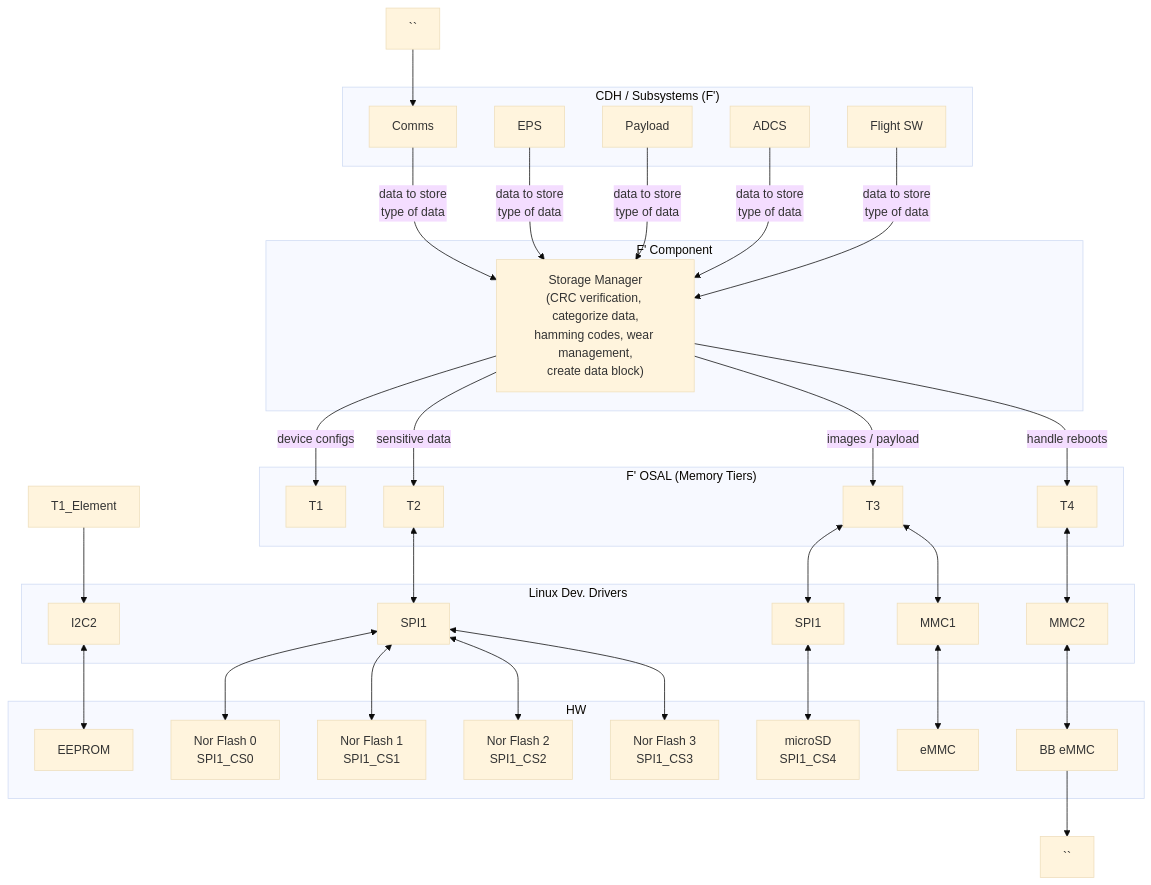
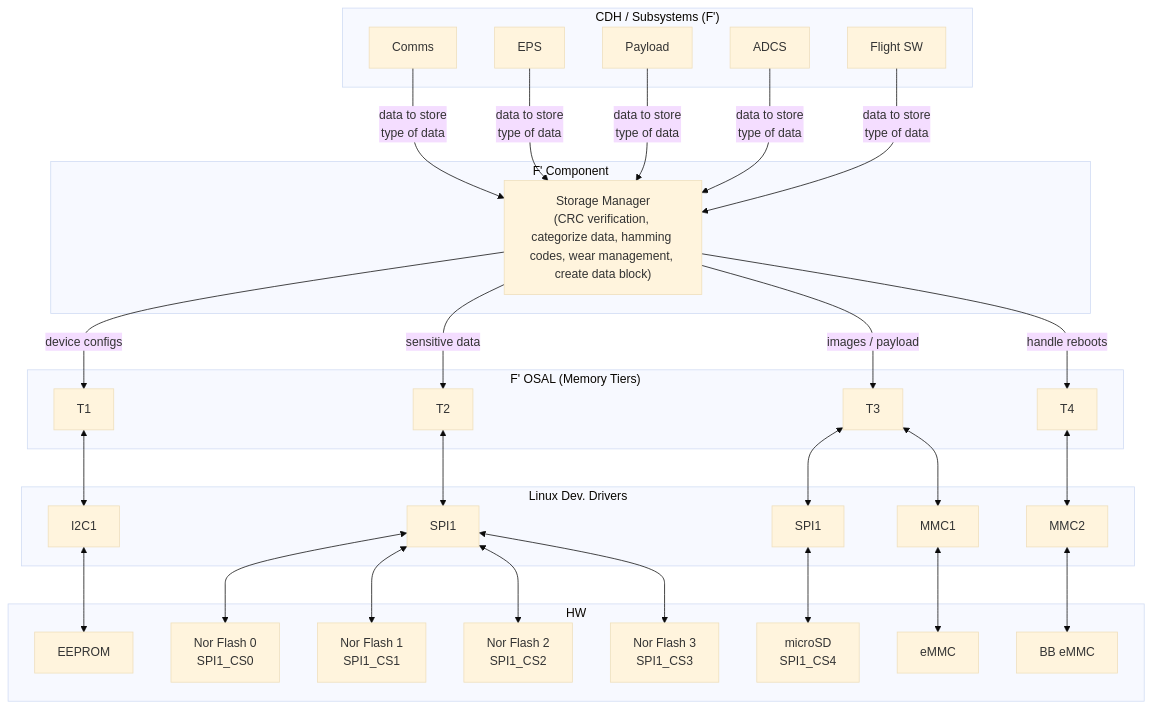
The third of 3 diagrams in docs/Core/FlightComputerMemory.md (UWCubeSat/hs2-software-design), drawn with Mermaid (base theme) before and after one commit. The commit also changed other lines of this file, not shown here.

````diff
--- a/docs/Core/FlightComputerMemory.md
+++ b/docs/Core/FlightComputerMemory.md
@@ -59,80 +59,70 @@
 ```mermaid
 graph TD
-    %% Spacer for centering
-    spacer1[``]
-    
     subgraph CDH_Subsystems ["CDH / Subsystems (F')"]
         Comms[Comms]
         EPS[EPS]
         Payload[Payload]
         ADCS[ADCS]
         FlightSW[Flight SW]
     end
 
     subgraph F_Component ["F' Component"]
-        StorageManager["Storage Manager<br/>(CRC verification, categorize data,<br/>hamming codes, wear management,<br/>create data block)"]
+        StorageManager["Storage Manager<br/>(CRC verification, categorize data, hamming codes, wear management, create data block)"]
     end
 
     subgraph F_OSAL ["F' OSAL (Memory Tiers)"]
         T1_Interface[T1]
         T2_Interface[T2]
         T3_Interface[T3]
         T4_Interface[T4]
     end
 
     subgraph Linux_Drivers ["Linux Dev. Drivers"]
-        I2C[I2C2]
+        I2C[I2C1]
         SPI1[SPI1]
         SPI2[SPI1]
         MMC1[MMC1]
         MMC2[MMC2]
     end
 
     subgraph HW ["HW"]
         EEPROM_HW[EEPROM]
         NOR0_HW[Nor Flash 0<br/>SPI1_CS0]
         NOR1_HW[Nor Flash 1<br/>SPI1_CS1]
         NOR2_HW[Nor Flash 2<br/>SPI1_CS2]
         NOR3_HW[Nor Flash 3<br/>SPI1_CS3]
         microSD_HW[microSD<br/>SPI1_CS4]
         eMMC_HW[eMMC]
         BB_eMMC_HW[BB eMMC]
     end
 
     %% Data Flow - CDH Subsystems to Storage Manager
     Comms -->|data to store<br/>type of data| StorageManager
     EPS -->|data to store<br/>type of data| StorageManager
     Payload -->|data to store<br/>type of data| StorageManager
     ADCS -->|data to store<br/>type of data| StorageManager
     FlightSW -->|data to store<br/>type of data| StorageManager
     
     %% Storage Manager to Tiers
     StorageManager -- "device configs" --> T1_Interface
     StorageManager -- "sensitive data" --> T2_Interface
     StorageManager -- "images / payload" --> T3_Interface
     StorageManager -- "handle reboots" --> T4_Interface
 
     %% Interfaces to Drivers
-    T1_Element --> I2C
+    T1_Interface <--> I2C
     T2_Interface <--> SPI1
     T3_Interface <--> SPI2
     T3_Interface <--> MMC1
     T4_Interface <--> MMC2
 
     %% Drivers to HW
     I2C <--> EEPROM_HW
     SPI1 <--> NOR0_HW
     SPI1 <--> NOR1_HW
     SPI1 <--> NOR2_HW
     SPI1 <--> NOR3_HW
     SPI2 <--> microSD_HW
     MMC1 <--> eMMC_HW
     MMC2 <--> BB_eMMC_HW
-    
-    %% Spacer for balancing
-    spacer2[``]
-    
-    %% Connect spacers to force centering
-    spacer1 --> Comms
-    BB_eMMC_HW --> spacer2
 ```
````
